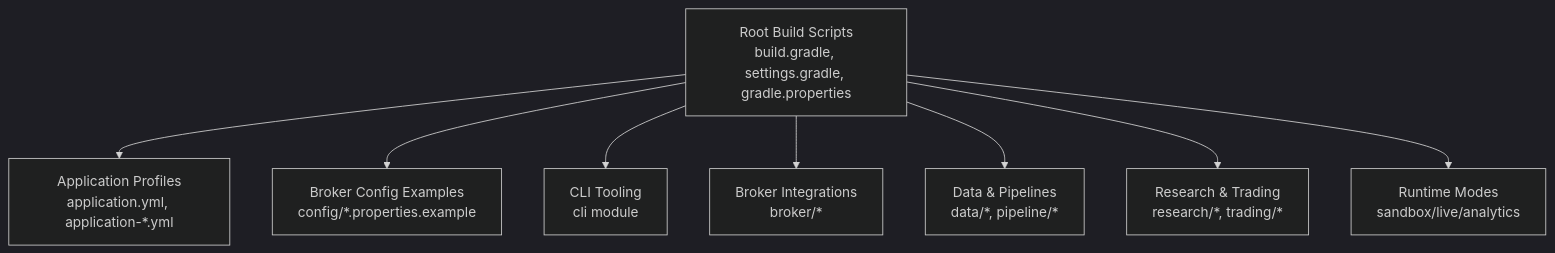
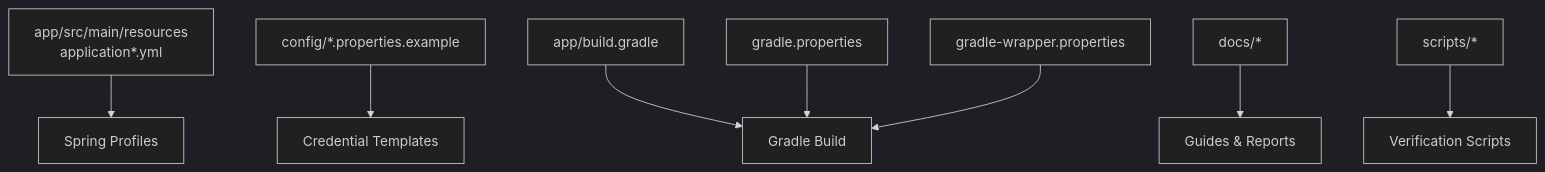
Before and after one commit to Ganesh-Kusundal/Trade_J: the first of 3 diagrams in .qoder/repowiki/en/content/Getting Started.md, drawn with Mermaid (dark theme). The commit also changed other lines of this file and 1178 other files, not shown here.

````diff
--- a/.qoder/repowiki/en/content/Getting Started.md
+++ b/.qoder/repowiki/en/content/Getting Started.md
@@ -53,10 +61,10 @@
 ```mermaid
 graph TB
-A["Root Build Scripts<br/>build.gradle, settings.gradle, gradle.properties"] --> B["Application Profiles<br/>application.yml, application-*.yml"]
-A --> C["Broker Config Examples<br/>config/*.properties.example"]
-A --> D["CLI Tooling<br/>cli module"]
-A --> E["Broker Integrations<br/>broker/*"]
-A --> F["Data & Pipelines<br/>data/*, pipeline/*"]
-A --> G["Research & Trading<br/>research/*, trading/*"]
-A --> H["Runtime Modes<br/>sandbox/live/analytics"]
+A["app/src/main/resources<br/>application*.yml"] --> B["Spring Profiles"]
+C["config/*.properties.example"] --> D["Credential Templates"]
+E["app/build.gradle"] --> F["Gradle Build"]
+G["gradle.properties"] --> F
+H["gradle-wrapper.properties"] --> F
+I["docs/*"] --> J["Guides & Reports"]
+K["scripts/*"] --> L["Verification Scripts"]
 ```
````
